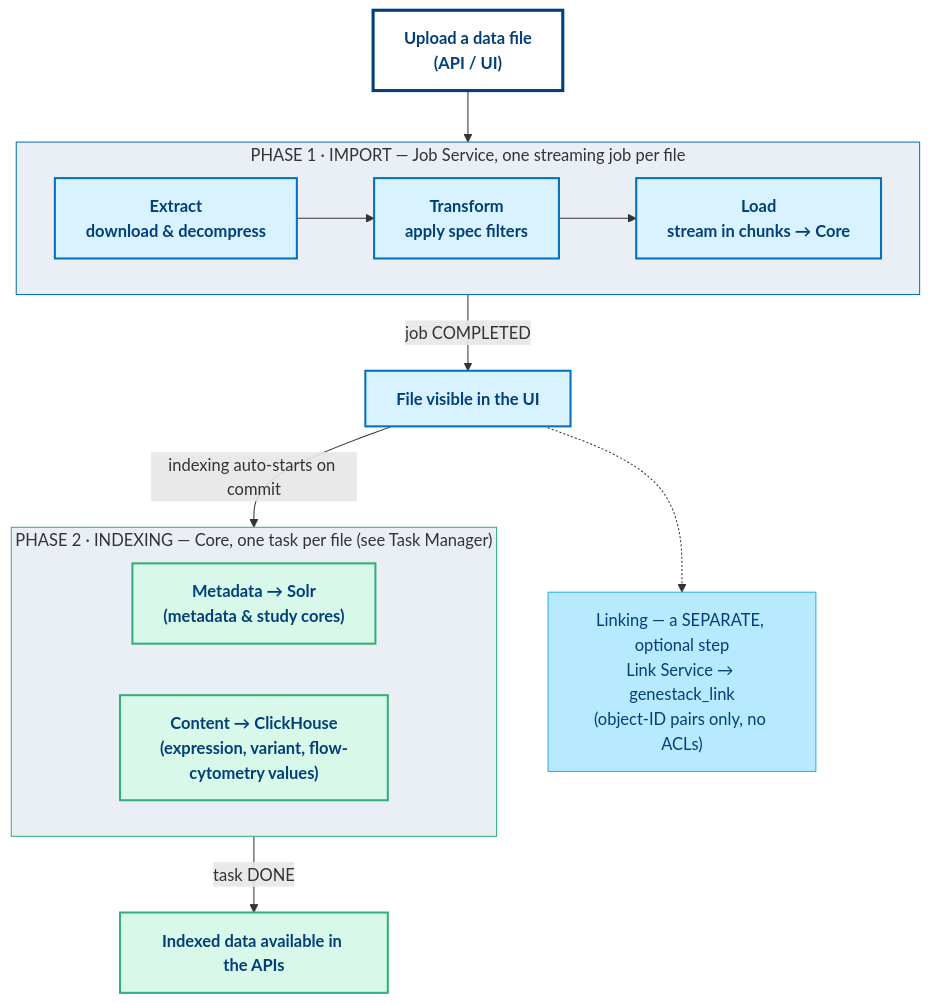
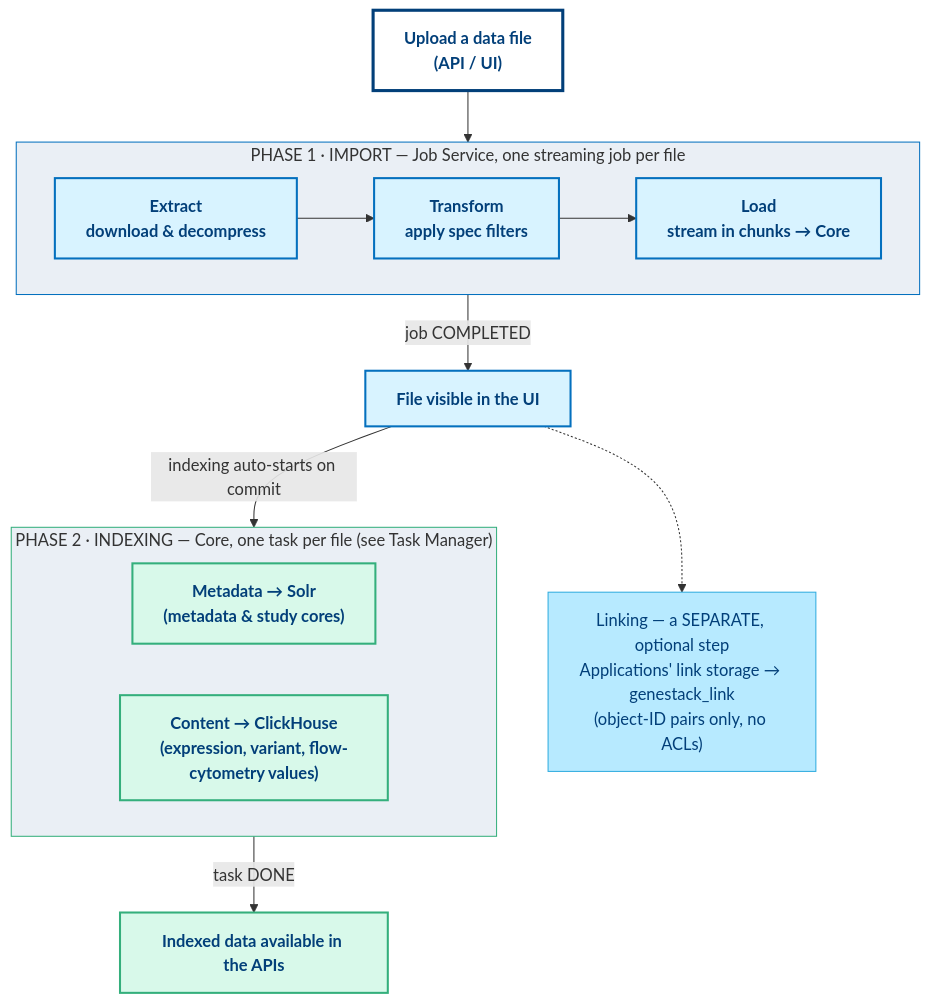
The second of 2 diagrams in docs-rework/overview/data-model/data-upload-and-indexing-pipeline.md (genestack/user-docs), drawn with Mermaid before and after one commit. The commit also changed other lines of this file, not shown here.

First line of the commit message:
ODM-13698: Name applications' link storage instead of Link Service

````diff
--- a/docs-rework/overview/data-model/data-upload-and-indexing-pipeline.md
+++ b/docs-rework/overview/data-model/data-upload-and-indexing-pipeline.md
@@ -285,42 +285,42 @@
 ```mermaid
 flowchart TD
     Start["Upload a data file<br/>(API / UI)"]
 
     subgraph P1["PHASE 1 · IMPORT — Job Service, one streaming job per file"]
         direction LR
         E["Extract<br/>download & decompress"]
         T["Transform<br/>apply spec filters"]
         L["Load<br/>stream in chunks → Core"]
         E --> T --> L
     end
 
     UI["File visible in the UI"]
-    Link["Linking — a SEPARATE, optional step<br/>Link Service → genestack_link<br/>(object-ID pairs only, no ACLs)"]
+    Link["Linking — a SEPARATE, optional step<br/>Applications' link storage → genestack_link<br/>(object-ID pairs only, no ACLs)"]
 
     subgraph P2["PHASE 2 · INDEXING — Core, one task per file (see Task Manager)"]
         direction LR
         Solr["Metadata → Solr<br/>(metadata & study cores)"]
         CH["Content → ClickHouse<br/>(expression, variant, flow-cytometry values)"]
     end
 
     APIs["Indexed data available in the APIs"]
 
     Start --> E
     L -- "job COMPLETED" --> UI
     UI -.-> Link
     UI -- "indexing auto-starts on commit" --> Solr
     CH -- "task DONE" --> APIs
 
     classDef start  fill:#ffffff,color:#023F79,stroke:#023F79,stroke-width:3px,font-weight:bold
     classDef import fill:#D8F3FF,color:#023F79,stroke:#0470BE,stroke-width:2px,font-weight:bold
     classDef index  fill:#D8F9EA,color:#023F79,stroke:#34AF7C,stroke-width:2px,font-weight:bold
     classDef aside  fill:#B7EAFF,color:#023F79,stroke:#2FACDF,stroke-width:1px
 
     class Start start
     class E,T,L,UI import
     class Solr,CH,APIs index
     class Link aside
 
     style P1 fill:#eaeff5,stroke:#0470BE,stroke-width:1px
     style P2 fill:#eaeff5,stroke:#34AF7C,stroke-width:1px
 ```
````
